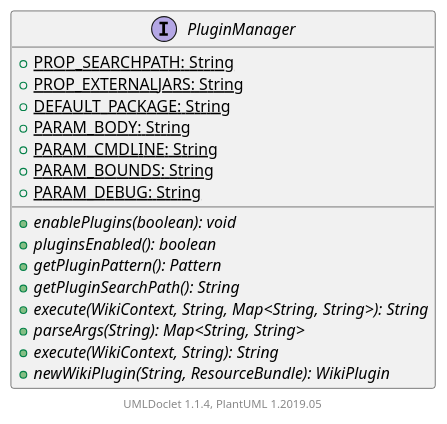
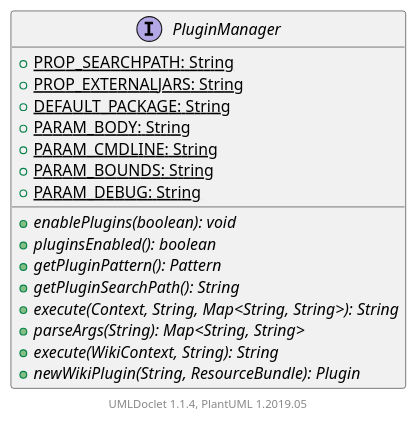
One commit to apache/jspwiki-site changed the diagram in apidocs/2.11.0.M7-SNAPSHOT/org/apache/wiki/plugin/PluginManager.puml. Above: the diagram before and after it, drawn with PlantUML. The commit also changed 2126 other files, not shown here.

```diff
--- a/apidocs/2.11.0.M7-SNAPSHOT/org/apache/wiki/plugin/PluginManager.puml
+++ b/apidocs/2.11.0.M7-SNAPSHOT/org/apache/wiki/plugin/PluginManager.puml
@@ -1,23 +1,23 @@
 @startuml
 
     interface PluginManager [[PluginManager.html]] {
         {static} +PROP_SEARCHPATH: String
         {static} +PROP_EXTERNALJARS: String
         {static} +DEFAULT_PACKAGE: String
         {static} +PARAM_BODY: String
         {static} +PARAM_CMDLINE: String
         {static} +PARAM_BOUNDS: String
         {static} +PARAM_DEBUG: String
         {abstract} +enablePlugins(boolean): void
         {abstract} +pluginsEnabled(): boolean
         {abstract} +getPluginPattern(): Pattern
         {abstract} +getPluginSearchPath(): String
-        {abstract} +execute(WikiContext, String, Map<String, String>): String
+        {abstract} +execute(Context, String, Map<String, String>): String
         {abstract} +parseArgs(String): Map<String, String>
         {abstract} +execute(WikiContext, String): String
-        {abstract} +newWikiPlugin(String, ResourceBundle): WikiPlugin
+        {abstract} +newWikiPlugin(String, ResourceBundle): Plugin
     }
 
 
     center footer UMLDoclet 1.1.4, PlantUML 1.2019.05
 @enduml
```
